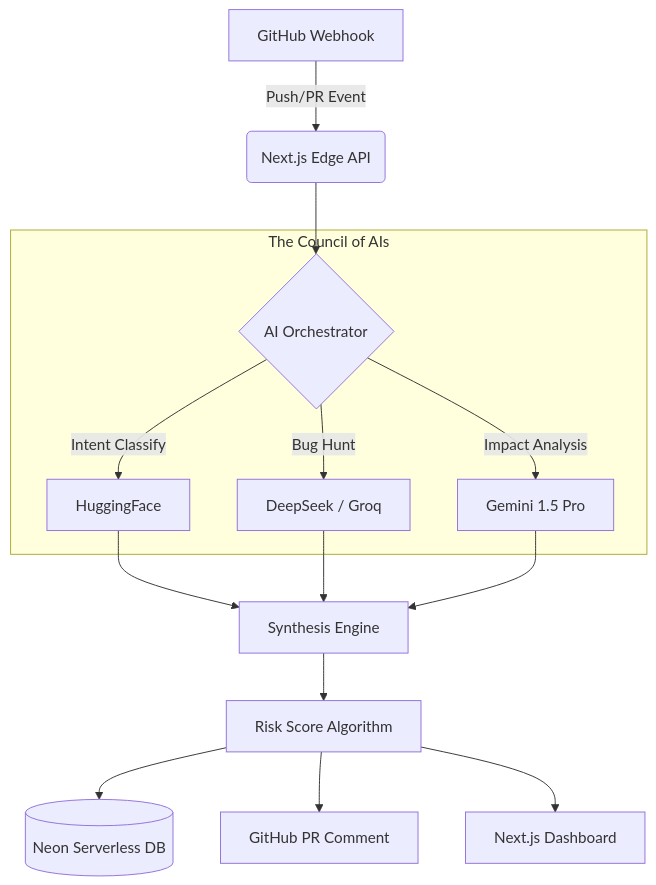
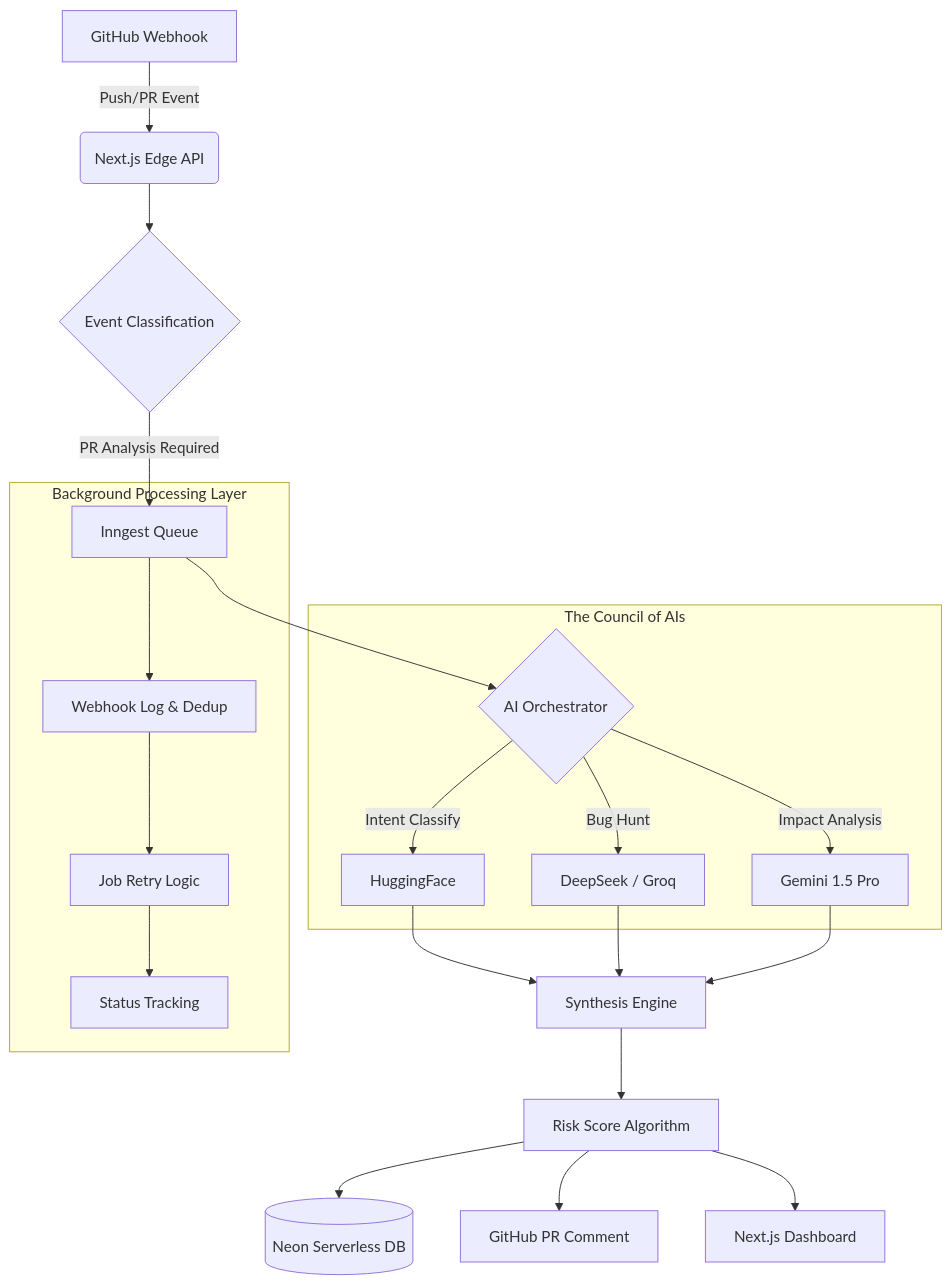
One commit to ikshantshukla123/Codediff.ai changed the diagram in README.md. Above: the diagram before and after it, drawn with Mermaid. The commit also changed other lines of this file, not shown here.

Commit message:
I've updated the README with a comprehensive  explanation of how Inngest is used in CodeDiff AI.

````diff
--- a/README.md
+++ b/README.md
@@ -83,18 +108,26 @@
 ```mermaid
 graph TD
     A[GitHub Webhook] -->|Push/PR Event| B(Next.js Edge API)
-    B --> C{AI Orchestrator}
+    B --> C{Event Classification}
+    C -->|PR Analysis Required| D[Inngest Queue]
+    D --> E{AI Orchestrator}
+    
+    subgraph "Background Processing Layer"
+        D --> F[Webhook Log & Dedup]
+        F --> G[Job Retry Logic]
+        G --> H[Status Tracking]
+    end
     
     subgraph "The Council of AIs"
-        C -->|Intent Classify| D[HuggingFace]
-        C -->|Bug Hunt| E[DeepSeek / Groq]
-        C -->|Impact Analysis| F[Gemini 1.5 Pro]
+        E -->|Intent Classify| I[HuggingFace]
+        E -->|Bug Hunt| J[DeepSeek / Groq]
+        E -->|Impact Analysis| K[Gemini 1.5 Pro]
     end
     
-    D & E & F --> G[Synthesis Engine]
-    G --> H[Risk Score Algorithm]
+    I & J & K --> L[Synthesis Engine]
+    L --> M[Risk Score Algorithm]
     
-    H --> I[(Neon Serverless DB)]
-    H --> J[GitHub PR Comment]
-    H --> K[Next.js Dashboard]
+    M --> N[(Neon Serverless DB)]
+    M --> O[GitHub PR Comment]
+    M --> P[Next.js Dashboard]
 ```
````
